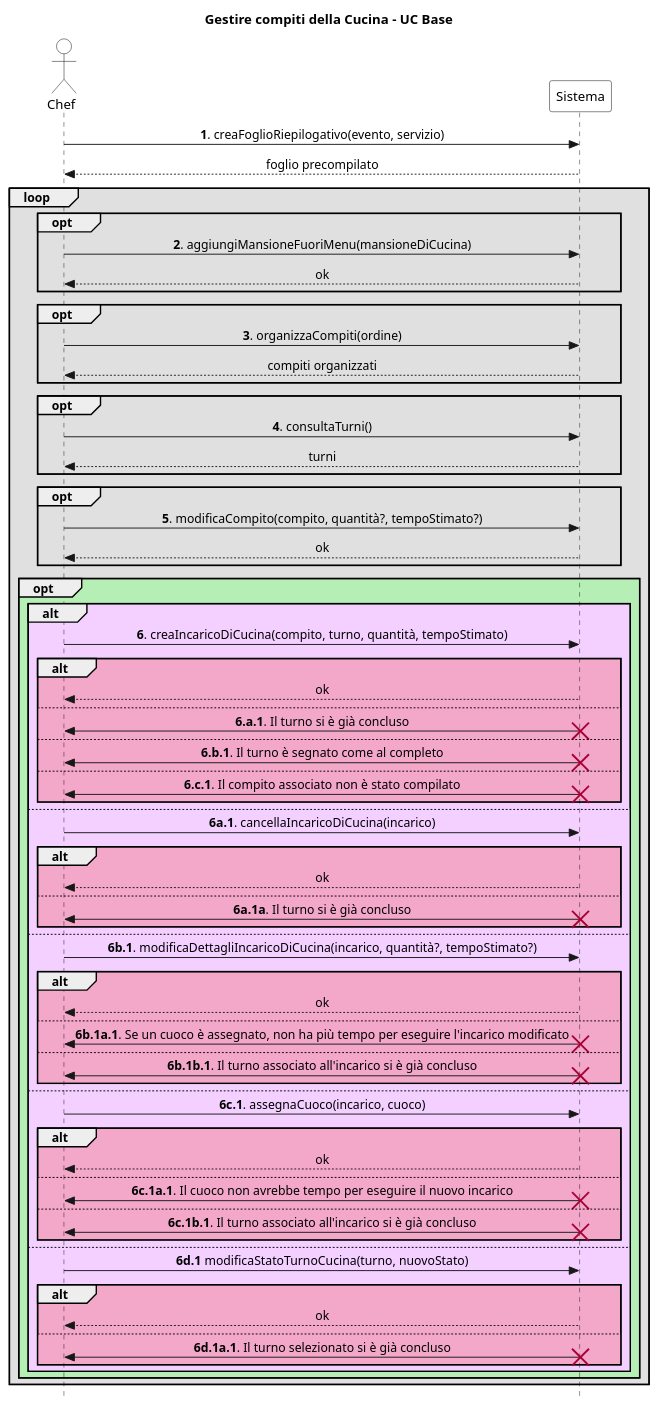
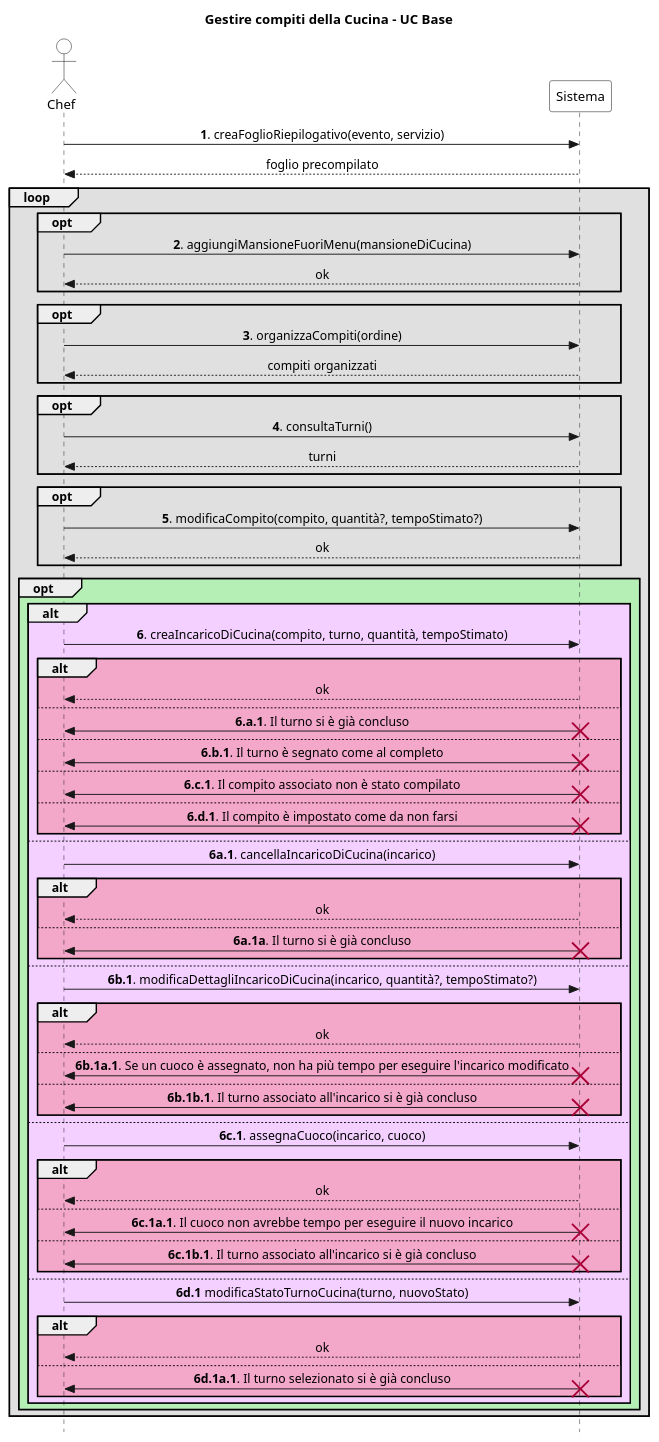
One commit to stefa168/sas-project changed the diagram in UP/Requisiti/UC Gestire Compiti Cucina/SSD/Estensioni-Eccezioni Op6.puml. Above: the diagram before and after it, drawn with PlantUML. The commit also changed 2 other files, not shown here.

Commit message:
Introdotto controllo per indicare se un compito è da farsi, assieme alle eccezioni relative

```diff
--- a/UP/Requisiti/UC Gestire Compiti Cucina/SSD/Estensioni-Eccezioni Op6.puml
+++ b/UP/Requisiti/UC Gestire Compiti Cucina/SSD/Estensioni-Eccezioni Op6.puml
@@ -1,100 +1,103 @@
 @startuml
 skinparam Style strictuml
 skinparam SequenceMessageAlign center
 
 skinparam sequence {
     ActorBorderColor Black
     ActorBackgroundColor White
     ParticipantBorderColor Black
     ParticipantBackgroundColor White
 }
 
 actor Chef
 participant Sistema
 
 title Gestire compiti della Cucina - UC Base
 
 Chef -> Sistema: **1**. creaFoglioRiepilogativo(evento, servizio)
 return foglio precompilato
 
 loop #e0e0e0
     opt #e0e0e0
         Chef -> Sistema: **2**. aggiungiMansioneFuoriMenu(mansioneDiCucina)
         return ok
     end
 
     opt #e0e0e0
         Chef -> Sistema: **3**. organizzaCompiti(ordine)
         return compiti organizzati
     end
 
     opt #e0e0e0
         Chef -> Sistema: **4**. consultaTurni()
         return turni
     end
 
     opt #e0e0e0
         Chef -> Sistema: **5**. modificaCompito(compito, quantità?, tempoStimato?)
         return ok
     end
 
     opt #b6efb6
         alt #f3d0ff
             Chef -> Sistema: **6**. creaIncaricoDiCucina(compito, turno, quantità, tempoStimato)
             alt #f3a7c9
                 return ok
             else
                 Chef <- Sistema: **6.a.1**. Il turno si è già concluso
                 destroy Sistema
             else
                 Chef <- Sistema: **6.b.1**. Il turno è segnato come al completo
                 destroy Sistema
             else
                 Chef <- Sistema: **6.c.1**. Il compito associato non è stato compilato
                 destroy Sistema
+            else
+                Chef <- Sistema: **6.d.1**. Il compito è impostato come da non farsi
+                destroy Sistema
             end
         else
             Chef -> Sistema: **6a.1**. cancellaIncaricoDiCucina(incarico)
             alt #f3a7c9
                 return ok
             else
                 Chef <- Sistema: **6a.1a**. Il turno si è già concluso
                 destroy Sistema
             end
         else
             Chef -> Sistema: **6b.1**. modificaDettagliIncaricoDiCucina(incarico, quantità?, tempoStimato?)
             alt #f3a7c9
                 return ok
             else
                 Chef <- Sistema: **6b.1a.1**. Se un cuoco è assegnato, non ha più tempo per eseguire l'incarico modificato
                 destroy Sistema
             else
                 Chef <- Sistema: **6b.1b.1**. Il turno associato all'incarico si è già concluso
                 destroy Sistema
             end
         else
             Chef -> Sistema: **6c.1**. assegnaCuoco(incarico, cuoco)
             alt #f3a7c9
                 return ok
             else
                 Chef <- Sistema: **6c.1a.1**. Il cuoco non avrebbe tempo per eseguire il nuovo incarico
                 destroy Sistema
             else
                 Chef <- Sistema: **6c.1b.1**. Il turno associato all'incarico si è già concluso
                 destroy Sistema
             end
         else
             Chef -> Sistema: **6d.1** modificaStatoTurnoCucina(turno, nuovoStato)
             alt #f3a7c9
                 return ok
             else
                 Chef <- Sistema: **6d.1a.1**. Il turno selezionato si è già concluso
                 destroy Sistema
             end
         end
     end
 
 end
 
 
 @enduml
```
